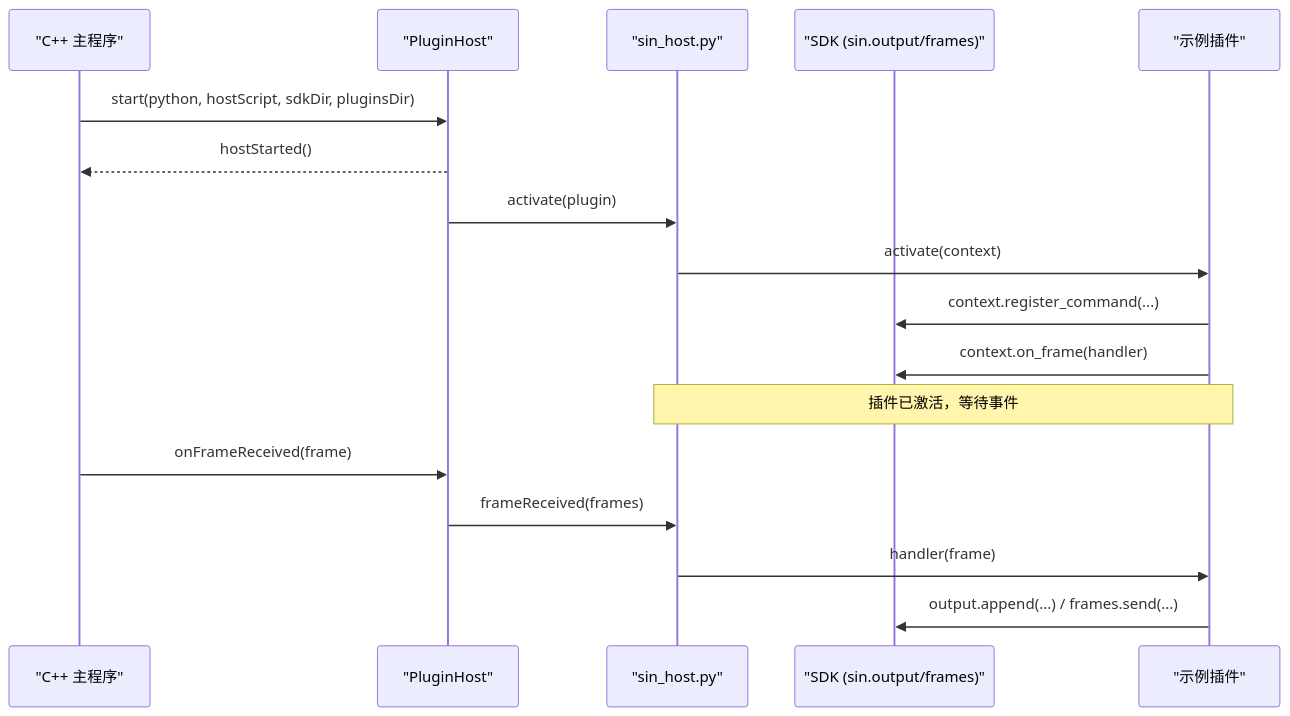
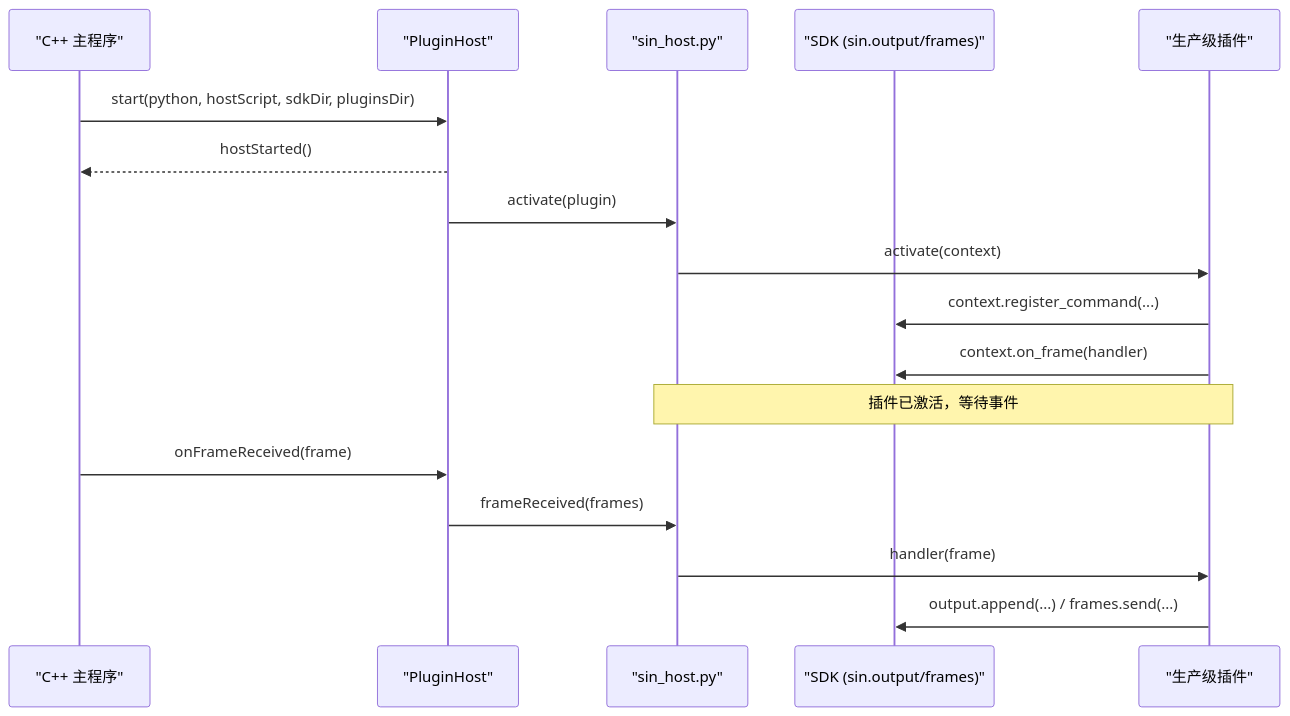
One commit to jakecai1225-design/OpenBus changed the second of 9 diagrams in .qoder/repowiki/zh/content/开发指南/示例插件.md. Above: the diagram before and after it, drawn with Mermaid. The commit also changed other lines of this file and 57 other files, not shown here.

````diff
--- a/.qoder/repowiki/zh/content/开发指南/示例插件.md
+++ b/.qoder/repowiki/zh/content/开发指南/示例插件.md
@@ -103,19 +116,19 @@
 ```mermaid
 sequenceDiagram
 participant Main as "C++ 主程序"
 participant Host as "PluginHost"
 participant PyHost as "sin_host.py"
 participant SDK as "SDK (sin.output/frames)"
-participant Plug as "示例插件"
+participant Plug as "生产级插件"
 Main->>Host : start(python, hostScript, sdkDir, pluginsDir)
 Host-->>Main : hostStarted()
 Host->>PyHost : activate(plugin)
 PyHost->>Plug : activate(context)
 Plug->>SDK : context.register_command(...)
 Plug->>SDK : context.on_frame(handler)
 Note over PyHost,Plug : 插件已激活，等待事件
 Main->>Host : onFrameReceived(frame)
 Host->>PyHost : frameReceived(frames)
 PyHost->>Plug : handler(frame)
 Plug->>SDK : output.append(...) / frames.send(...)
 ```
````
